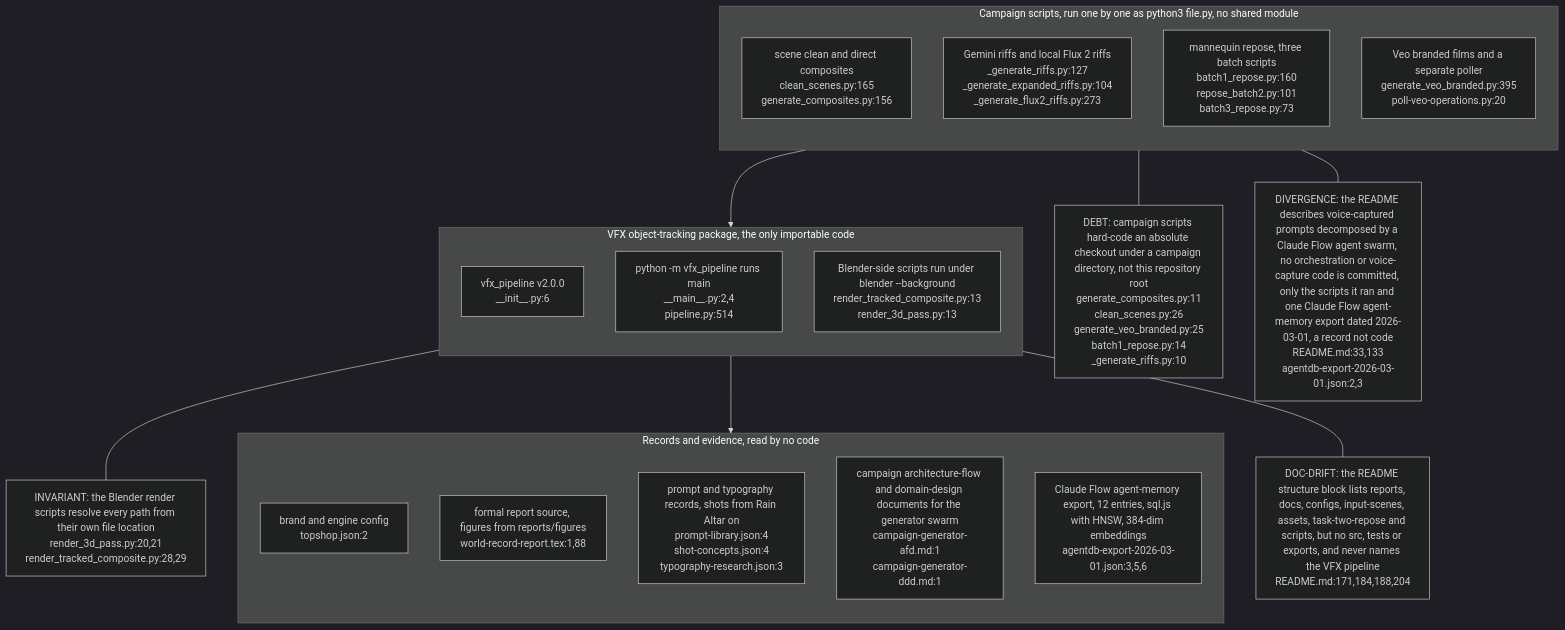
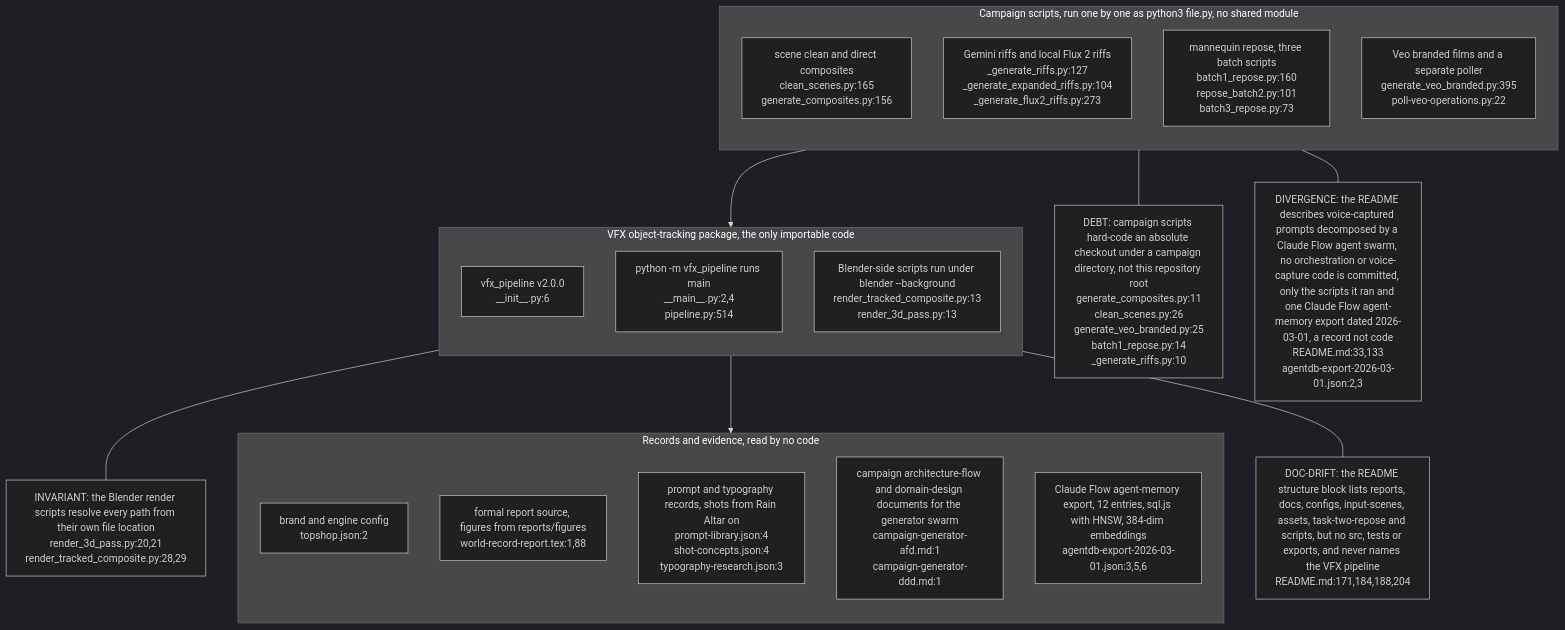
One commit to DreamLab-AI/VisionFlow changed the first of 4 diagrams in docs/diagrams/thg-world-record-attempt/01-repository-anatomy-and-boundaries.md. Above: the diagram before and after it, drawn with Mermaid (dark theme). The commit also changed other lines of this file and 1 other file, not shown here.

First line of the commit message:
docs(diagrams): thg pass B at THG 27262fa (API key from the environment)

````diff
--- a/docs/diagrams/thg-world-record-attempt/01-repository-anatomy-and-boundaries.md
+++ b/docs/diagrams/thg-world-record-attempt/01-repository-anatomy-and-boundaries.md
@@ -41,33 +42,33 @@
 ```mermaid
 flowchart TB
     subgraph CAMPAIGN["Campaign scripts, run one by one as python3 file.py, no shared module"]
         direction TB
         SC["scene clean and direct composites<br/>clean_scenes.py:165<br/>generate_composites.py:156"]
         RF["Gemini riffs and local Flux 2 riffs<br/>_generate_riffs.py:127<br/>_generate_expanded_riffs.py:104<br/>_generate_flux2_riffs.py:273"]
         RP["mannequin repose, three batch scripts<br/>batch1_repose.py:160<br/>repose_batch2.py:101<br/>batch3_repose.py:73"]
-        VE["Veo branded films and a separate poller<br/>generate_veo_branded.py:395<br/>poll-veo-operations.py:20"]
+        VE["Veo branded films and a separate poller<br/>generate_veo_branded.py:395<br/>poll-veo-operations.py:22"]
     end
     subgraph VFX["VFX object-tracking package, the only importable code"]
         direction TB
         INIT["vfx_pipeline v2.0.0<br/>__init__.py:6"]
         MAIN["python -m vfx_pipeline runs main<br/>__main__.py:2,4<br/>pipeline.py:514"]
         BR["Blender-side scripts run under blender --background<br/>render_tracked_composite.py:13<br/>render_3d_pass.py:13"]
     end
     subgraph EVID["Records and evidence, read by no code"]
         direction TB
         CFG["brand and engine config<br/>topshop.json:2"]
         REP["formal report source, figures from reports/figures<br/>world-record-report.tex:1,88"]
         PRM["prompt and typography records, shots from Rain Altar on<br/>prompt-library.json:4<br/>shot-concepts.json:4<br/>typography-research.json:3"]
         DES["campaign architecture-flow and domain-design documents for the generator swarm<br/>campaign-generator-afd.md:1<br/>campaign-generator-ddd.md:1"]
         MEM["Claude Flow agent-memory export, 12 entries, sql.js with HNSW, 384-dim embeddings<br/>agentdb-export-2026-03-01.json:3,5,6"]
     end
     CAMPAIGN --> VFX --> EVID
     DRIFT["DOC-DRIFT: the README structure block lists reports, docs, configs, input-scenes, assets, task-two-repose and scripts, but no src, tests or exports, and never names the VFX pipeline<br/>README.md:171,184,188,204"]
     VFX --- DRIFT
     DEBT["DEBT: campaign scripts hard-code an absolute checkout under a campaign directory, not this repository root<br/>generate_composites.py:11<br/>clean_scenes.py:26<br/>generate_veo_branded.py:25<br/>batch1_repose.py:14<br/>_generate_riffs.py:10"]
     CAMPAIGN --- DEBT
     INV["INVARIANT: the Blender render scripts resolve every path from their own file location<br/>render_3d_pass.py:20,21<br/>render_tracked_composite.py:28,29"]
     BR --- INV
     DIV["DIVERGENCE: the README describes voice-captured prompts decomposed by a Claude Flow agent swarm, no orchestration or voice-capture code is committed, only the scripts it ran and one Claude Flow agent-memory export dated 2026-03-01, a record not code<br/>README.md:33,133<br/>agentdb-export-2026-03-01.json:2,3"]
     CAMPAIGN --- DIV
 ```
````
